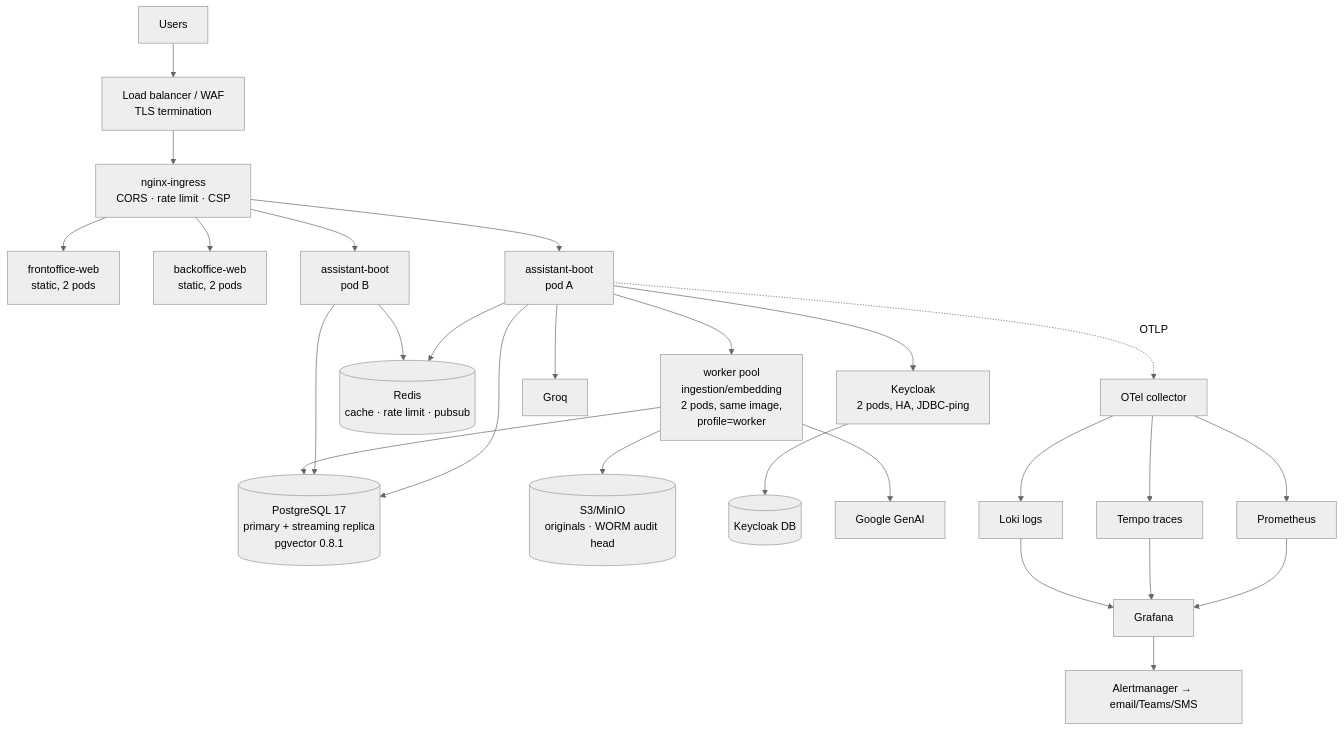
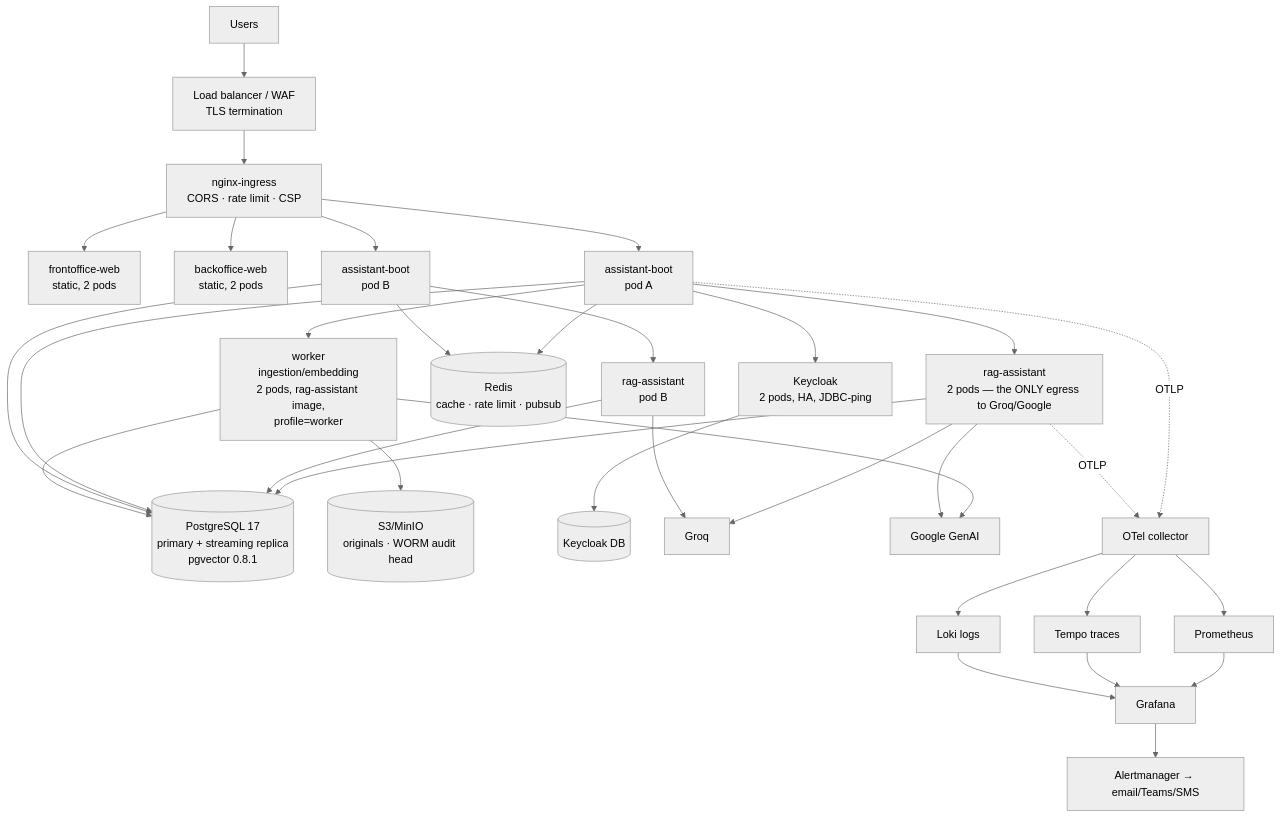
Before and after one commit to seif-bkh/albaraka-ai: the second of 2 diagrams in docs/12-deployment-observability.md, drawn with Mermaid (neutral theme). The commit also changed other lines of this file and 8 other files, not shown here.

````diff
--- a/docs/12-deployment-observability.md
+++ b/docs/12-deployment-observability.md
@@ -36,28 +36,35 @@
 ```mermaid
 flowchart TB
     U[Users] --> LB[Load balancer / WAF<br/>TLS termination]
     LB --> NG[nginx-ingress<br/>CORS · rate limit · CSP]
     NG --> FE1[frontoffice-web<br/>static, 2 pods]
     NG --> FE2[backoffice-web<br/>static, 2 pods]
     NG --> API1[assistant-boot<br/>pod A]
     NG --> API2[assistant-boot<br/>pod B]
-    API1 --> WK[worker pool<br/>ingestion/embedding<br/>2 pods, same image,<br/>profile=worker]
-    API1 --> PG[(PostgreSQL 17<br/>primary + streaming replica<br/>pgvector 0.8.1)]
+    API1 --> RAG1[rag-assistant<br/>2 pods — the ONLY egress to Groq/Google]
+    API2 --> RAG2[rag-assistant<br/>pod B]
+    API1 --> WK[worker<br/>ingestion/embedding<br/>2 pods, rag-assistant image,<br/>profile=worker]
+    RAG1 --> PG[(PostgreSQL 17<br/>primary + streaming replica<br/>pgvector 0.8.1)]
+    RAG2 --> PG
+    API1 --> PG
     API2 --> PG
     WK --> PG
     API1 --> RD[(Redis<br/>cache · rate limit · pubsub)]
     API2 --> RD
     WK --> S3[(S3/MinIO<br/>originals · WORM audit head)]
     API1 --> KC[Keycloak<br/>2 pods, HA, JDBC-ping]
     KC --> KCPG[(Keycloak DB)]
-    API1 --> GQ[Groq]
+    RAG1 --> GQ[Groq]
+    RAG2 --> GQ
     WK --> GG[Google GenAI]
+    RAG1 --> GG
     API1 -.OTLP.-> COL[OTel collector]
+    RAG1 -.OTLP.-> COL
     COL --> TEMPO[Tempo traces]
     COL --> PROM[Prometheus]
     COL --> LOKI[Loki logs]
     PROM --> GRAF[Grafana]
     TEMPO --> GRAF
     LOKI --> GRAF
     GRAF --> ALERT[Alertmanager → email/Teams/SMS]
 ```
````
